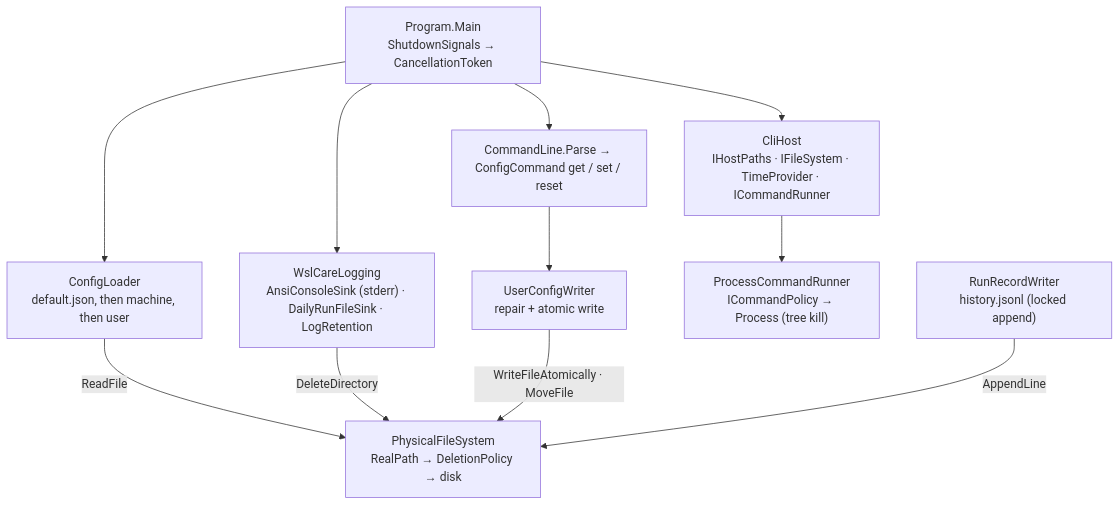
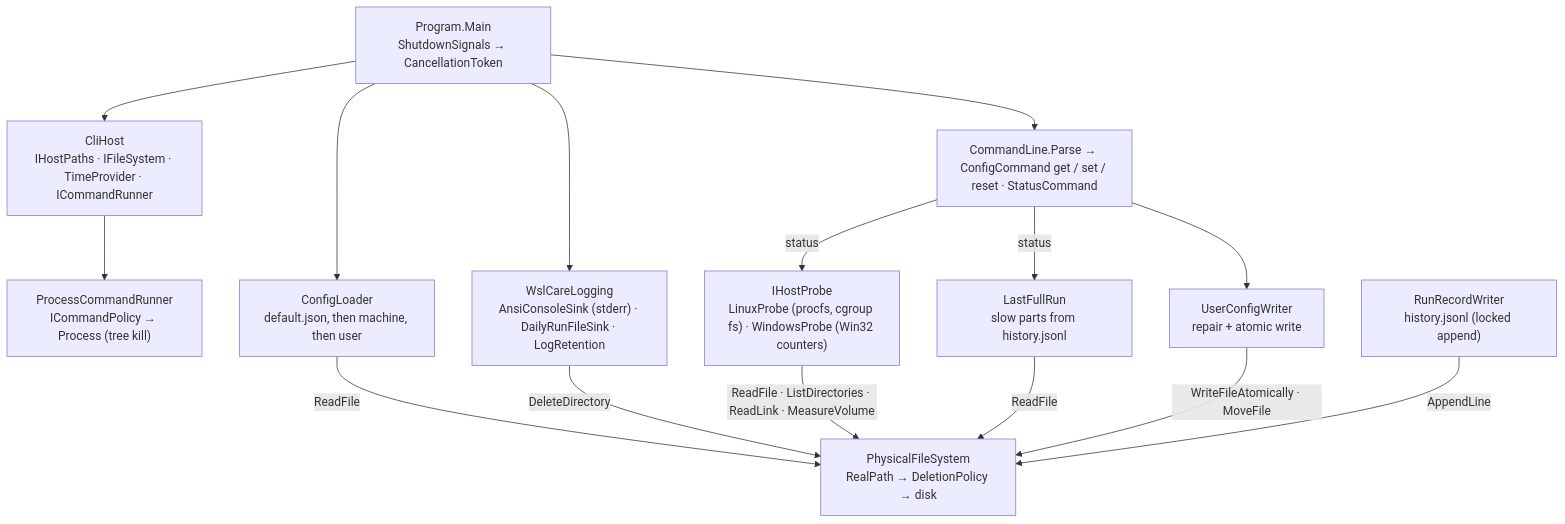
The fourth of 5 diagrams in research/architecture.md (oleksandrdubyna88/wsl_care), drawn with Mermaid before and after one commit. The commit also changed other lines of this file and 356 other files, not shown here.

````diff
--- a/research/architecture.md
+++ b/research/architecture.md
@@ -219,23 +317,29 @@
 ```mermaid
 flowchart TB
     main["Program.Main<br/>ShutdownSignals → CancellationToken"]
     host["CliHost<br/>IHostPaths · IFileSystem · TimeProvider · ICommandRunner"]
     loader["ConfigLoader<br/>default.json, then machine, then user"]
     logging["WslCareLogging<br/>AnsiConsoleSink (stderr) · DailyRunFileSink · LogRetention"]
-    verbs["CommandLine.Parse → ConfigCommand get / set / reset"]
+    verbs["CommandLine.Parse → ConfigCommand get / set / reset · StatusCommand"]
+    probe["IHostProbe<br/>LinuxProbe (procfs, cgroup fs) · WindowsProbe (Win32 counters)"]
+    history["LastFullRun<br/>slow parts from history.jsonl"]
     writer["UserConfigWriter<br/>repair + atomic write"]
     fs["PhysicalFileSystem<br/>RealPath → DeletionPolicy → disk"]
     runner["ProcessCommandRunner<br/>ICommandPolicy → Process (tree kill)"]
     records["RunRecordWriter<br/>history.jsonl (locked append)"]
 
     main --> host
     main --> loader
     main --> logging
     main --> verbs
+    verbs -->|status| probe
+    verbs -->|status| history
+    probe -->|ReadFile · ListDirectories · ReadLink · MeasureVolume| fs
+    history -->|ReadFile| fs
     loader -->|ReadFile| fs
     logging -->|DeleteDirectory| fs
     verbs --> writer
     writer -->|WriteFileAtomically · MoveFile| fs
     host --> runner
     records -->|AppendLine| fs
 ```
````
